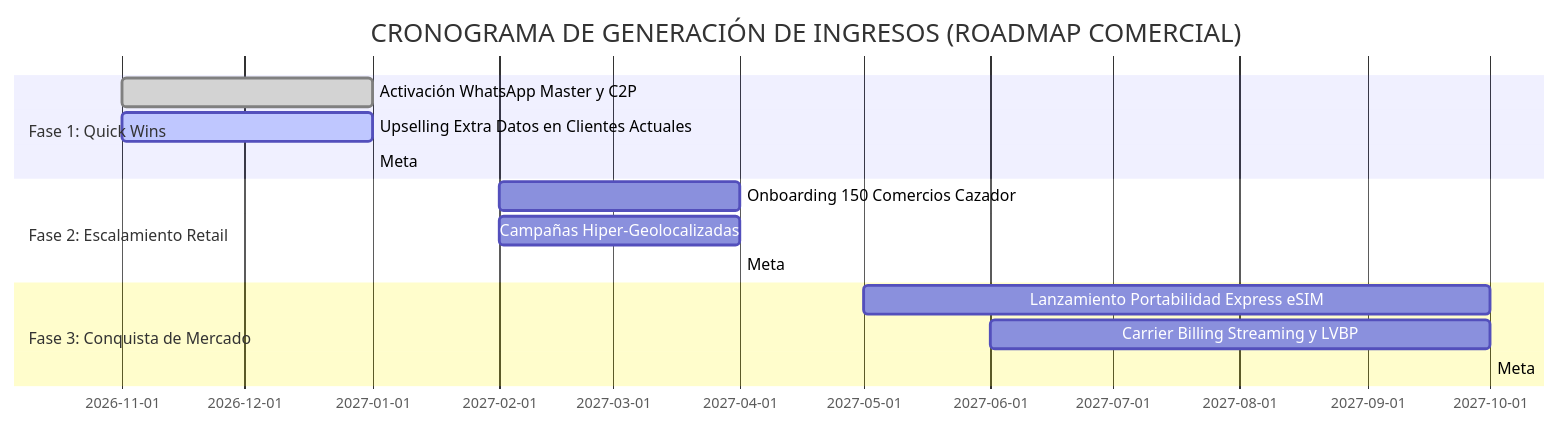
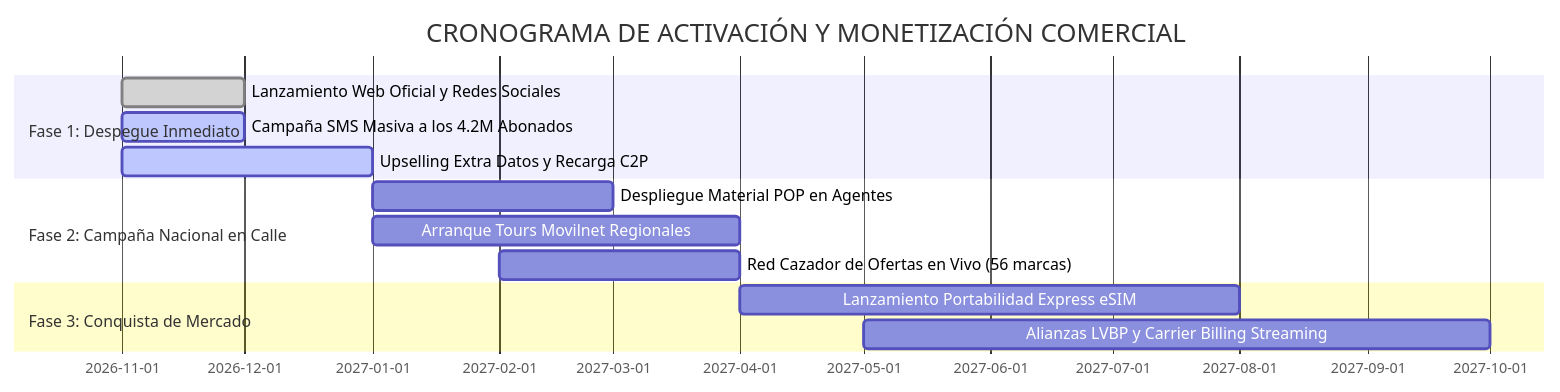
Before and after one commit to Idoysara/121026_IDS_MOVILNET_PWA: the third of 3 diagrams in docs/PRESENTACION_EJECUTIVA_DEPARTAMENTO_MERCADEO.md, drawn with Mermaid. The commit also changed other lines of this file and 9 other files, not shown here.

Commit message:
feat(strategy): update partnership model with 4.2M users, POP, Tours Movilnet, k capital and Waterfall 75/25

````diff
--- a/docs/PRESENTACION_EJECUTIVA_DEPARTAMENTO_MERCADEO.md
+++ b/docs/PRESENTACION_EJECUTIVA_DEPARTAMENTO_MERCADEO.md
@@ -82,17 +114,16 @@
 ```mermaid
 gantt
-    title CRONOGRAMA DE GENERACIÓN DE INGRESOS (ROADMAP COMERCIAL)
+    title CRONOGRAMA DE ACTIVACIÓN Y MONETIZACIÓN COMERCIAL
     dateFormat  YYYY-MM
-    section Fase 1: Quick Wins
-    Activación WhatsApp Master y C2P          :done, 2026-11, 2027-01
-    Upselling Extra Datos en Clientes Actuales :active, 2026-11, 2027-01
-    Meta: $60k - $120k / mes                   :crit, 2027-01, 2027-01
-    section Fase 2: Escalamiento Retail
-    Onboarding 150 Comercios Cazador           :2027-02, 2027-04
-    Campañas Hiper-Geolocalizadas              :2027-02, 2027-04
-    Meta: $250k - $380k / mes                  :crit, 2027-04, 2027-04
+    section Fase 1: Despegue Inmediato
+    Lanzamiento Web Oficial y Redes Sociales   :done, 2026-11, 2026-12
+    Campaña SMS Masiva a los 4.2M Abonados    :active, 2026-11, 2026-12
+    Upselling Extra Datos y Recarga C2P       :active, 2026-11, 2027-01
+    section Fase 2: Campaña Nacional en Calle
+    Despliegue Material POP en Agentes        :2027-01, 2027-03
+    Arranque Tours Movilnet Regionales        :2027-01, 2027-04
+    Red Cazador de Ofertas en Vivo (56 marcas):2027-02, 2027-04
     section Fase 3: Conquista de Mercado
-    Lanzamiento Portabilidad Express eSIM      :2027-05, 2027-10
-    Carrier Billing Streaming y LVBP           :2027-06, 2027-10
-    Meta: $500k - $800k / mes                  :crit, 2027-10, 2027-10
+    Lanzamiento Portabilidad Express eSIM     :2027-04, 2027-08
+    Alianzas LVBP y Carrier Billing Streaming :2027-05, 2027-10
 ```
````
